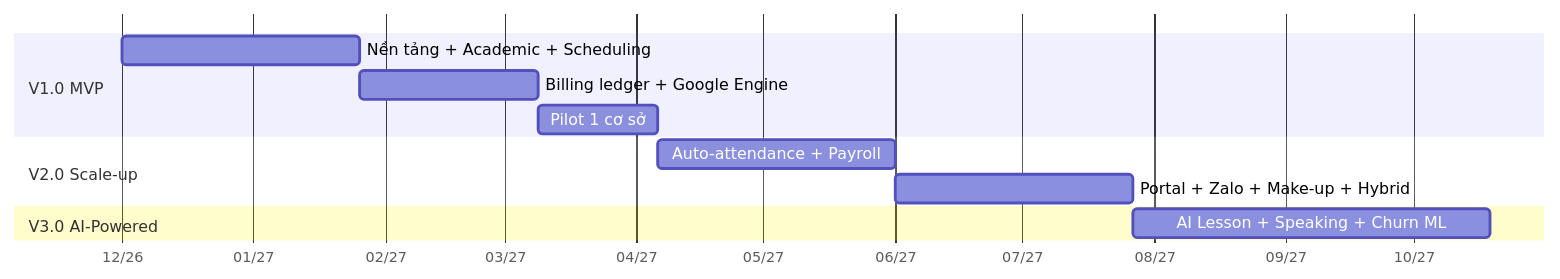
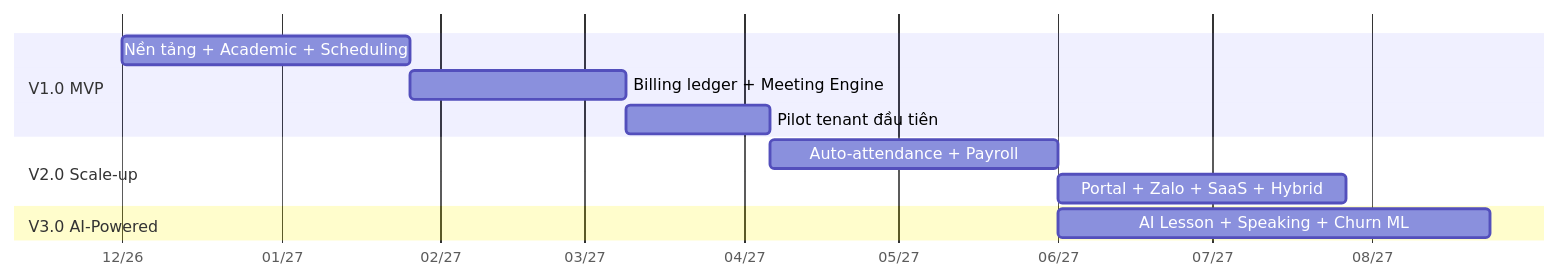
One commit to CDV00/konnyaku changed the diagram in docs/04-roadmap.md. Above: the diagram before and after it, drawn with Mermaid. The commit also changed other lines of this file and 7 other files, not shown here.

````diff
--- a/docs/04-roadmap.md
+++ b/docs/04-roadmap.md
@@ -5,14 +7,14 @@
 ```mermaid
 gantt
   dateFormat  YYYY-MM-DD
   axisFormat  %m/%y
   section V1.0 MVP
-  Nền tảng + Academic + Scheduling   :v1a, 2026-12-01, 8w
-  Billing ledger + Google Engine     :v1b, after v1a, 6w
-  Pilot 1 cơ sở                      :v1c, after v1b, 4w
+  Nền tảng + Academic + Scheduling   :v1a, 2026-12-01, 56d
+  Billing ledger + Meeting Engine    :v1b, after v1a, 42d
+  Pilot tenant đầu tiên              :v1c, after v1b, 28d
   section V2.0 Scale-up
-  Auto-attendance + Payroll          :v2a, after v1c, 8w
-  Portal + Zalo + Make-up + Hybrid   :v2b, after v2a, 8w
+  Auto-attendance + Payroll          :v2a, after v1c, 56d
+  Portal + Zalo + SaaS + Hybrid      :v2b, after v2a, 56d
   section V3.0 AI-Powered
-  AI Lesson + Speaking + Churn ML    :v3a, after v2b, 12w
+  AI Lesson + Speaking + Churn ML    :v3a, after v2a, 84d
 ```
````
